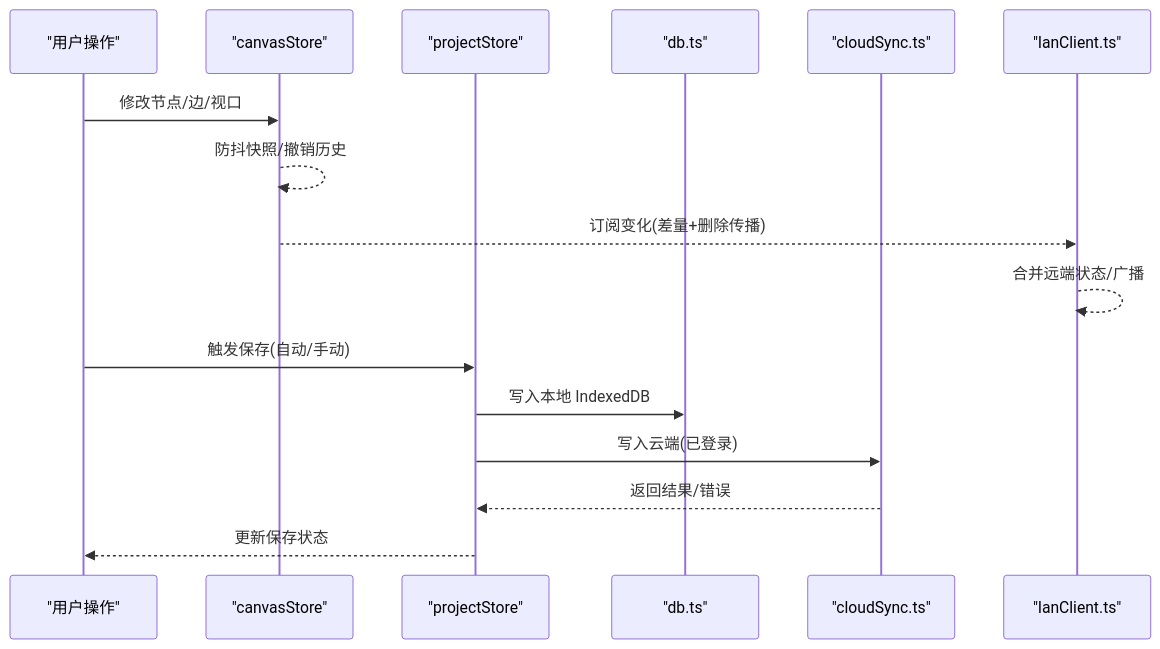
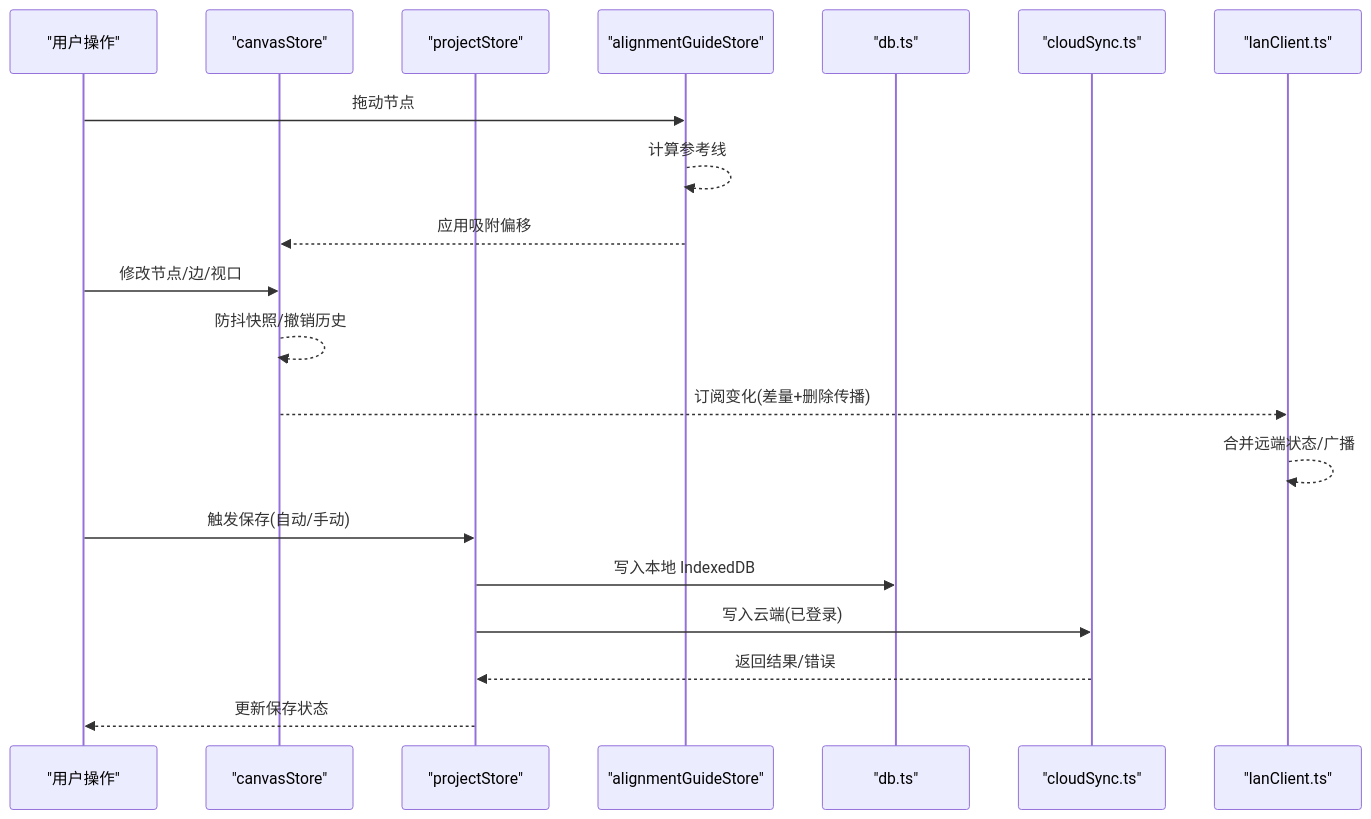
The second of 7 diagrams in .qoder/repowiki/zh/content/架构设计/状态管理模式/状态管理模式.md (suqi-bot/SuQCanvas), drawn with Mermaid before and after one commit. The commit also changed other lines of this file and 93 other files, not shown here.

````diff
--- a/.qoder/repowiki/zh/content/架构设计/状态管理模式/状态管理模式.md
+++ b/.qoder/repowiki/zh/content/架构设计/状态管理模式/状态管理模式.md
@@ -124,18 +148,22 @@
 ```mermaid
 sequenceDiagram
 participant U as "用户操作"
 participant C as "canvasStore"
 participant P as "projectStore"
+participant A as "alignmentGuideStore"
 participant D as "db.ts"
 participant CL as "cloudSync.ts"
 participant L as "lanClient.ts"
+U->>A : 拖动节点
+A-->>A : 计算参考线
+A-->>C : 应用吸附偏移
 U->>C : 修改节点/边/视口
 C-->>C : 防抖快照/撤销历史
 C-->>L : 订阅变化(差量+删除传播)
 L-->>L : 合并远端状态/广播
 U->>P : 触发保存(自动/手动)
 P->>D : 写入本地 IndexedDB
 P->>CL : 写入云端(已登录)
 CL-->>P : 返回结果/错误
 P-->>U : 更新保存状态
 ```
````
